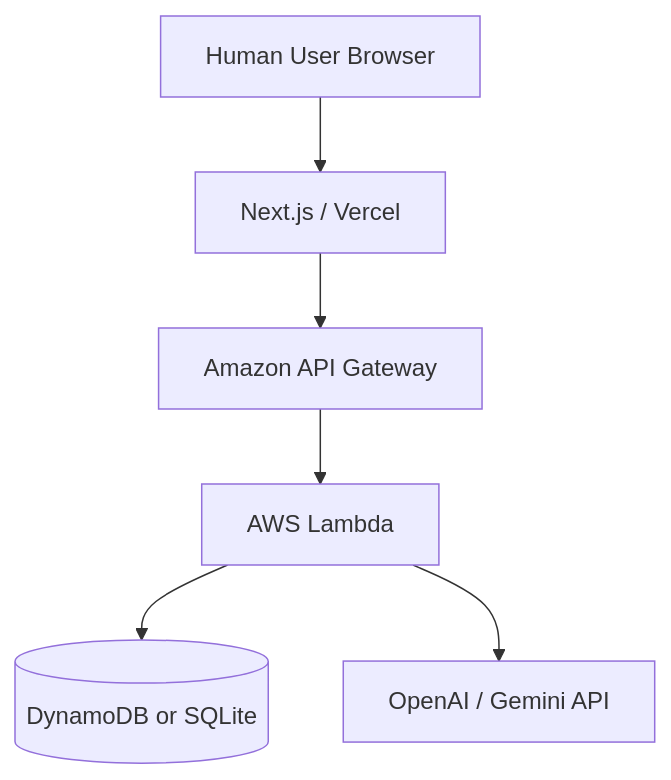
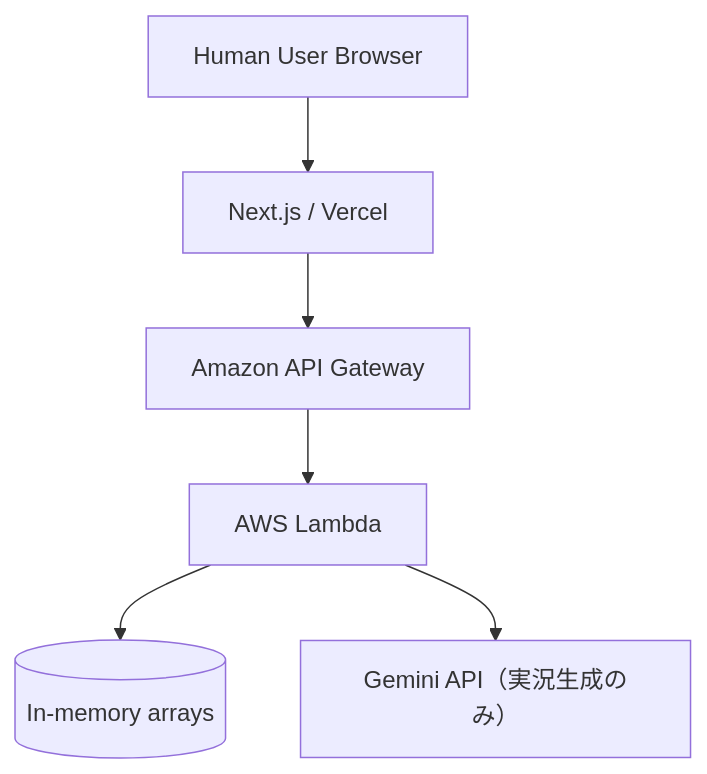
One commit to bamiyanapp/Electric-Chair-Arena changed the diagram in docs/architecture.md. Above: the diagram before and after it, drawn with Mermaid. The commit also changed other lines of this file and 3 other files, not shown here.

````diff
--- a/docs/architecture.md
+++ b/docs/architecture.md
@@ -39,8 +51,8 @@
 ```mermaid
 graph TD
     User[Human User Browser] --> Frontend[Next.js / Vercel]
     Frontend --> APIGateway[Amazon API Gateway]
     APIGateway --> Lambda[AWS Lambda]
-    Lambda --> Database[(DynamoDB or SQLite)]
-    Lambda --> LLM[OpenAI / Gemini API]
+    Lambda --> Memory[(In-memory arrays)]
+    Lambda --> LLM[Gemini API（実況生成のみ）]
 ```
````
